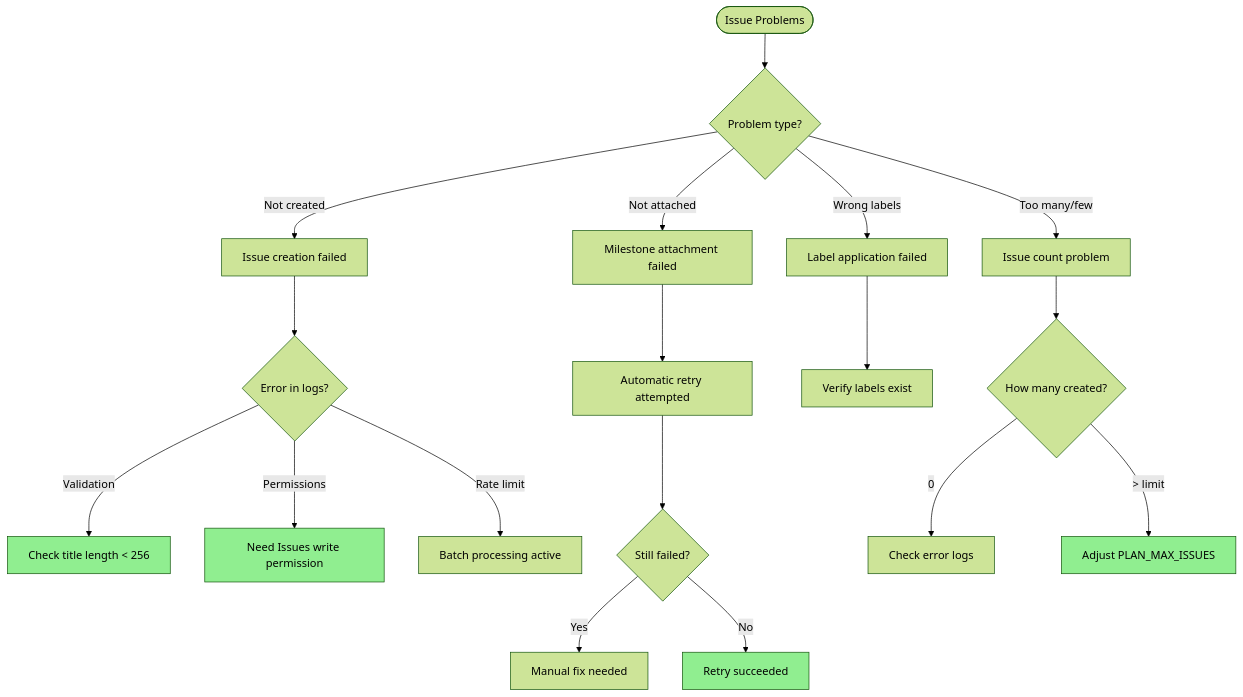
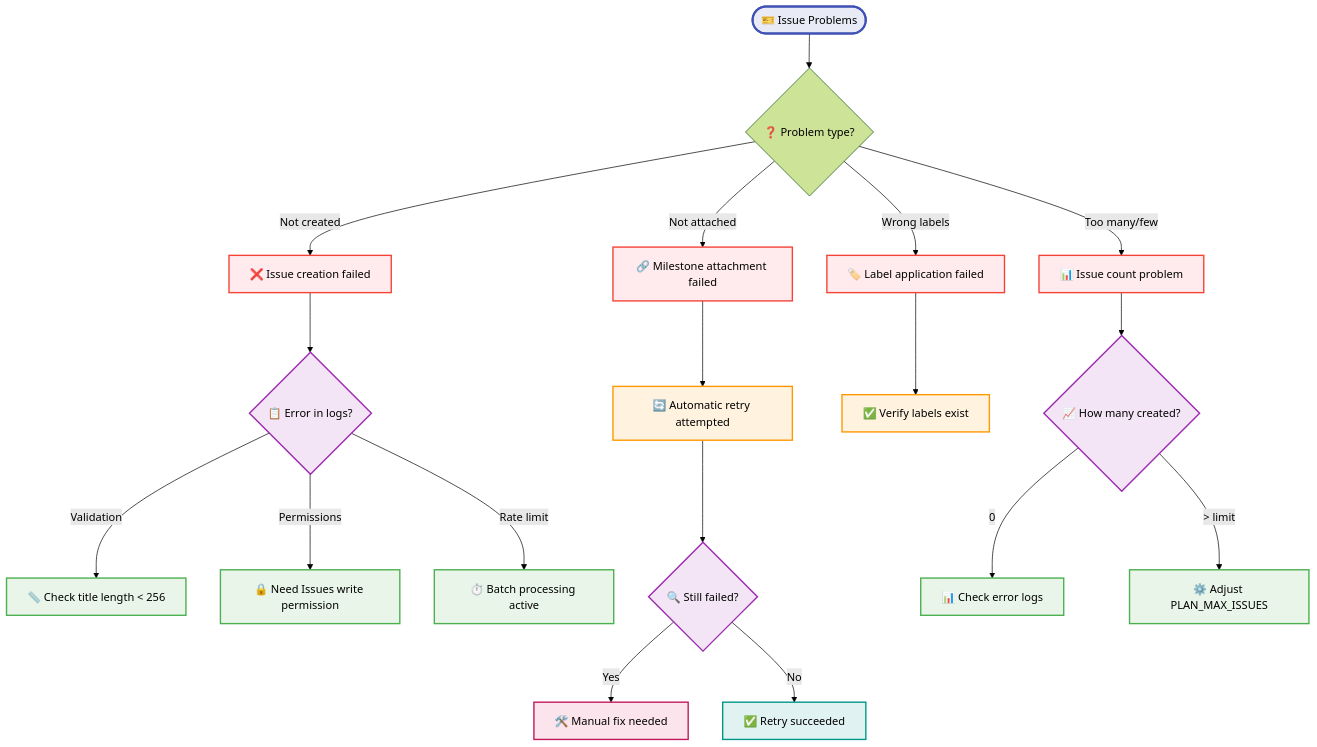
Before and after one commit to larp0/uwularpy: the ninth of 10 diagrams in AT_L_PLAN_TROUBLESHOOTING_FLOWCHART.md, drawn with Mermaid (forest theme). The commit also changed other lines of this file and 1 other file, not shown here.

Commit message:
Improve mermaid diagrams with enhanced styling, icons, and visual hierarchy

````diff
--- a/AT_L_PLAN_TROUBLESHOOTING_FLOWCHART.md
+++ b/AT_L_PLAN_TROUBLESHOOTING_FLOWCHART.md
@@ -307,30 +389,42 @@
 ```mermaid
 flowchart TD
-    IssueFlow([Issue Problems]) --> I1{Problem type?}
+    IssueFlow([🎫 Issue Problems]) --> I1{❓ Problem type?}
     
-    I1 -->|Not created| I2[Issue creation failed]
-    I1 -->|Not attached| I3[Milestone attachment failed]
-    I1 -->|Wrong labels| I4[Label application failed]
-    I1 -->|Too many/few| I5[Issue count problem]
+    I1 -->|Not created| I2[❌ Issue creation failed]
+    I1 -->|Not attached| I3[🔗 Milestone attachment failed]
+    I1 -->|Wrong labels| I4[🏷️ Label application failed]
+    I1 -->|Too many/few| I5[📊 Issue count problem]
     
-    I2 --> I2Check{Error in logs?}
-    I3 --> I3Fix[Automatic retry attempted]
-    I4 --> I4Fix[Verify labels exist]
-    I5 --> I5Check{How many created?}
+    I2 --> I2Check{📋 Error in logs?}
+    I3 --> I3Fix[🔄 Automatic retry attempted]
+    I4 --> I4Fix[✅ Verify labels exist]
+    I5 --> I5Check{📈 How many created?}
     
-    I2Check -->|Validation| I2Fix1[Check title length < 256]
-    I2Check -->|Permissions| I2Fix2[Need Issues write permission]
-    I2Check -->|Rate limit| I2Fix3[Batch processing active]
+    I2Check -->|Validation| I2Fix1[📏 Check title length < 256]
+    I2Check -->|Permissions| I2Fix2[🔒 Need Issues write permission]
+    I2Check -->|Rate limit| I2Fix3[⏱️ Batch processing active]
     
-    I3Fix --> I3Result{Still failed?}
-    I3Result -->|Yes| I3Manual[Manual fix needed]
-    I3Result -->|No| I3Success[Retry succeeded]
+    I3Fix --> I3Result{🔍 Still failed?}
+    I3Result -->|Yes| I3Manual[🛠️ Manual fix needed]
+    I3Result -->|No| I3Success[✅ Retry succeeded]
     
-    I5Check -->|0| I5Fix1[Check error logs]
-    I5Check -->|> limit| I5Fix2[Adjust PLAN_MAX_ISSUES]
+    I5Check -->|0| I5Fix1[📊 Check error logs]
+    I5Check -->|> limit| I5Fix2[⚙️ Adjust PLAN_MAX_ISSUES]
     
-    style I2Fix1 fill:#90EE90
-    style I2Fix2 fill:#90EE90
-    style I3Success fill:#90EE90
-    style I5Fix2 fill:#90EE90
+    %% Enhanced styling for issue creation problems
+    classDef startNode fill:#e8eaf6,stroke:#3f51b5,stroke-width:3px,color:#000
+    classDef problemNode fill:#ffebee,stroke:#f44336,stroke-width:2px,color:#000
+    classDef fixNode fill:#e8f5e8,stroke:#4caf50,stroke-width:2px,color:#000
+    classDef checkNode fill:#f3e5f5,stroke:#9c27b0,stroke-width:2px,color:#000
+    classDef configNode fill:#fff3e0,stroke:#ff9800,stroke-width:2px,color:#000
+    classDef successNode fill:#e0f2f1,stroke:#009688,stroke-width:2px,color:#000
+    classDef manualNode fill:#fce4ec,stroke:#c2185b,stroke-width:2px,color:#000
+    
+    class IssueFlow startNode
+    class I2,I3,I4,I5 problemNode
+    class I2Fix1,I2Fix2,I2Fix3,I5Fix1,I5Fix2 fixNode
+    class I2Check,I5Check,I3Result checkNode
+    class I3Fix,I4Fix configNode
+    class I3Success successNode
+    class I3Manual manualNode
 ```
````
